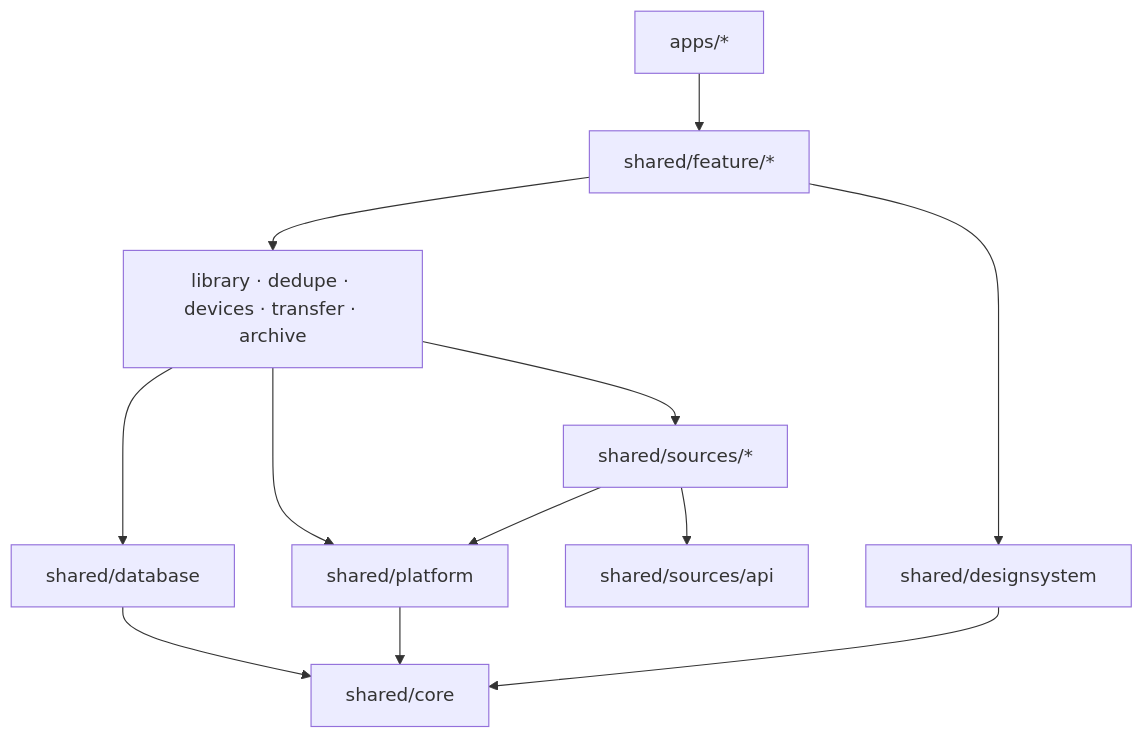
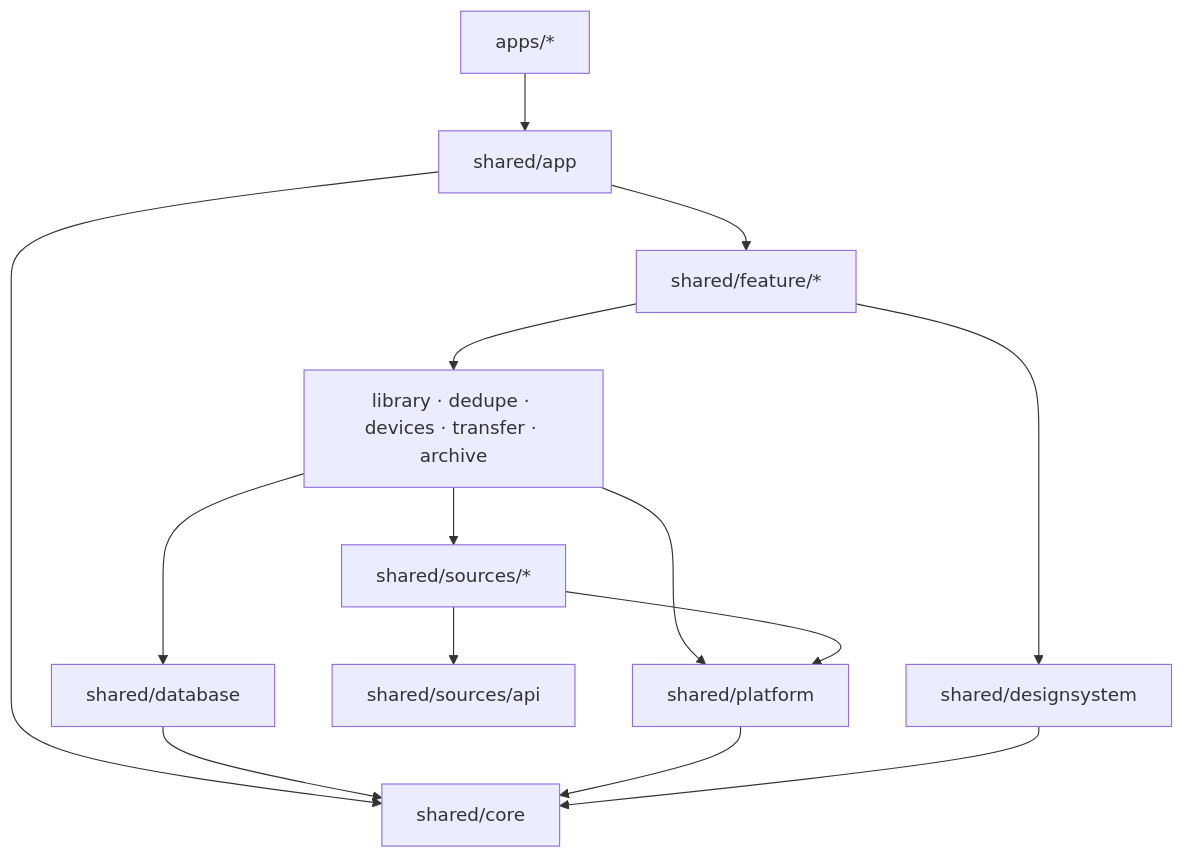
The diagram in docs/tech/project-structure.md (intelbetteramd-sys/pixroost), drawn with Mermaid before and after one commit. The commit also changed other lines of this file and 53 other files, not shown here.

````diff
--- a/docs/tech/project-structure.md
+++ b/docs/tech/project-structure.md
@@ -81,14 +82,16 @@
 ```mermaid
 flowchart TB
-  APPS["apps/*"] --> FEATURE["shared/feature/*"]
+  APPS["apps/*"] --> APP["shared/app"]
+  APP --> FEATURE["shared/feature/*"]
+  APP --> CORE
   FEATURE --> DS["shared/designsystem"]
   FEATURE --> DOMAIN["library · dedupe · devices · transfer · archive"]
   DOMAIN --> SOURCES["shared/sources/*"]
   DOMAIN --> DB["shared/database"]
   SOURCES --> API["shared/sources/api"]
   DOMAIN --> PLATFORM["shared/platform"]
   SOURCES --> PLATFORM
   DB --> CORE["shared/core"]
   PLATFORM --> CORE
   DS --> CORE
 ```
````
